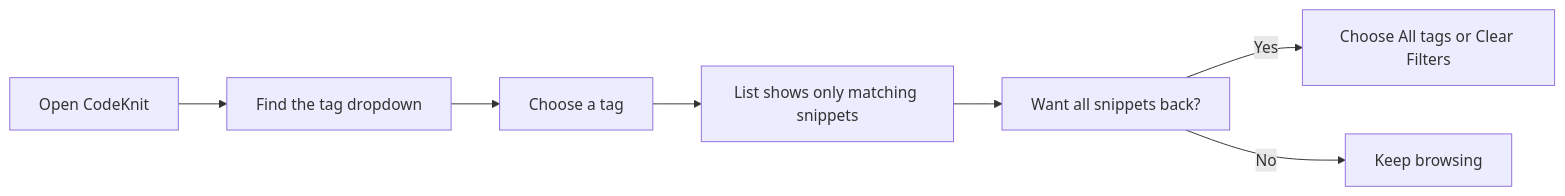
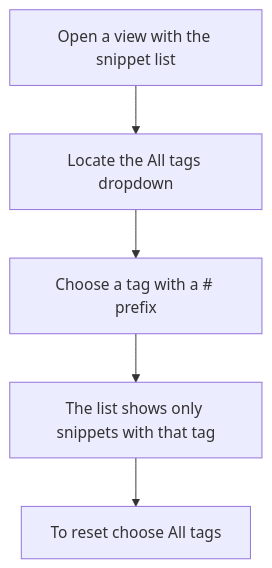
The first of 2 diagrams in api2-documentation/plan_2026-11-02_f8890e/user-facing-docs/how-to-filter-posts-by-tags.md (Mohita111/API2), drawn with Mermaid before and after one commit. The commit also changed other lines of this file and 14 other files, not shown here.

````diff
--- a/api2-documentation/plan_2026-11-02_f8890e/user-facing-docs/how-to-filter-posts-by-tags.md
+++ b/api2-documentation/plan_2026-11-02_f8890e/user-facing-docs/how-to-filter-posts-by-tags.md
@@ -19,9 +23,7 @@
 ```mermaid
-graph LR
-  A[Open CodeKnit] --> B[Find the tag dropdown]
-  B --> C[Choose a tag]
-  C --> D[List shows only matching snippets]
-  D --> E["Want all snippets back?"]
-  E -->|Yes| F[Choose All tags or Clear Filters]
-  E -->|No| G[Keep browsing]
+graph TD
+    A[Open a view with the snippet list] --> B[Locate the All tags dropdown]
+    B --> C[Choose a tag with a # prefix]
+    C --> D[The list shows only snippets with that tag]
+    D --> E[To reset choose All tags]
 ```
````
